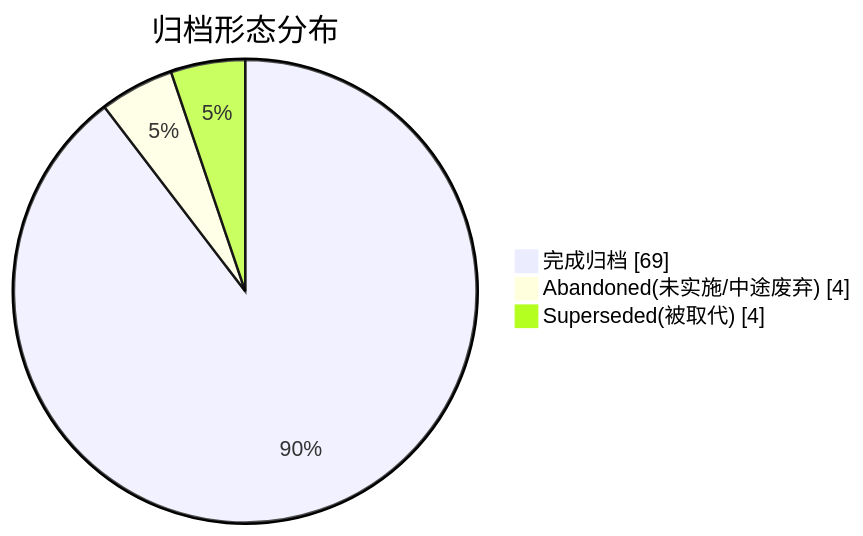
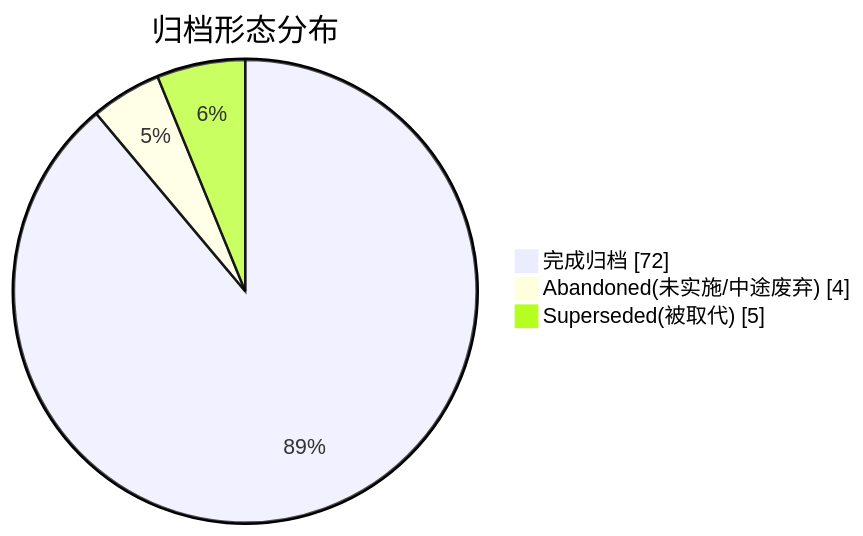
The second of 2 diagrams in docs/superpowers/ARCHIVE.md (golddream-y/obsidian-ratel), drawn with Mermaid before and after one commit. The commit also changed other lines of this file and 17 other files, not shown here.

````diff
--- a/docs/superpowers/ARCHIVE.md
+++ b/docs/superpowers/ARCHIVE.md
@@ -24,6 +24,6 @@
 ```mermaid
 pie showData title 归档形态分布
-    "完成归档" : 69
+    "完成归档" : 72
     "Abandoned(未实施/中途废弃)" : 4
-    "Superseded(被取代)" : 4
+    "Superseded(被取代)" : 5
 ```
````
